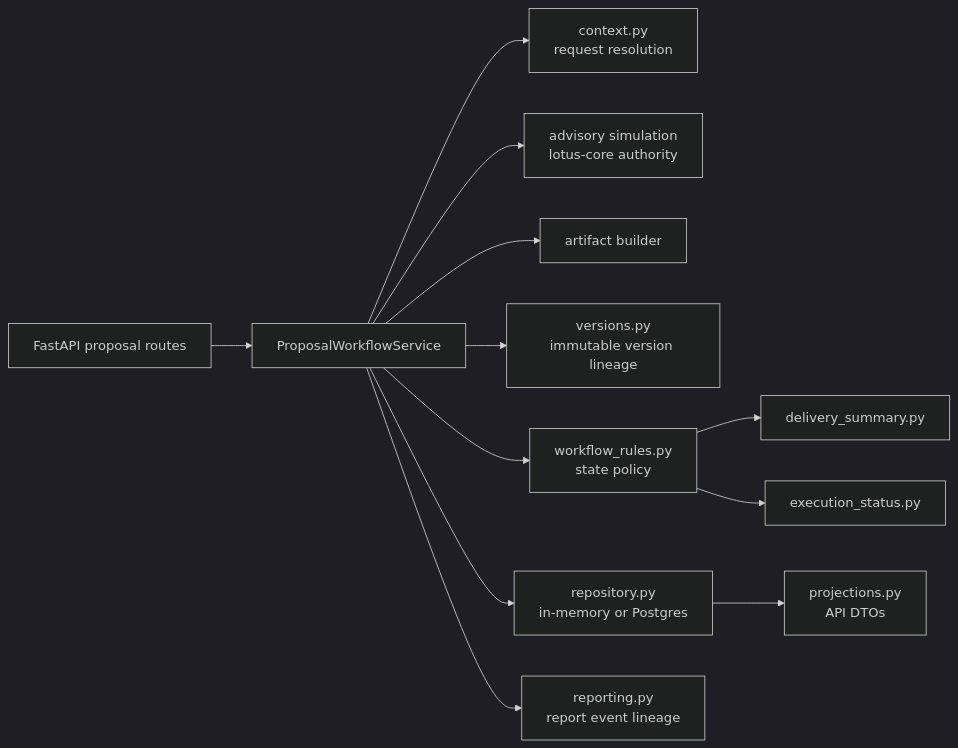
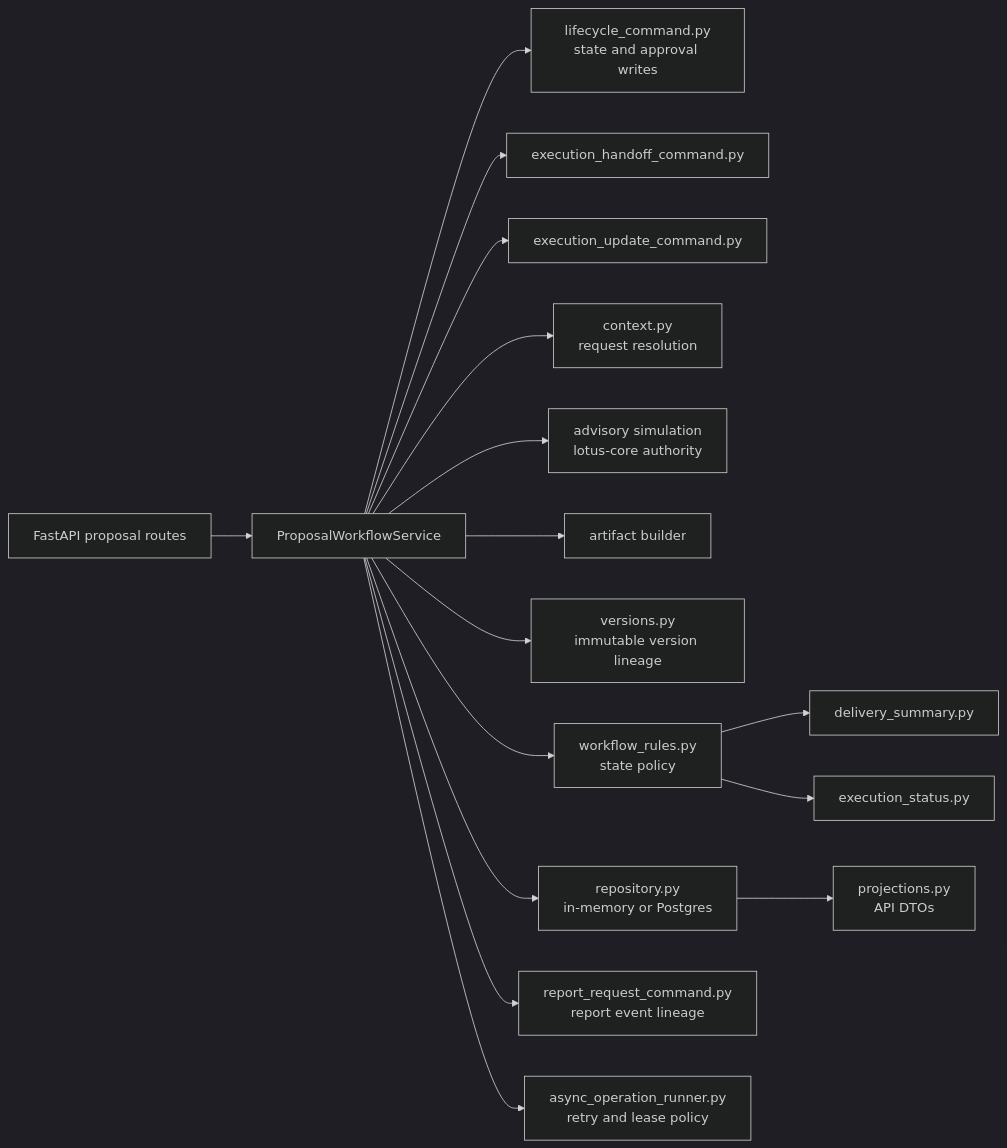
The first of 2 diagrams in wiki/Architecture.md (sgajbi/lotus-advise), drawn with Mermaid (dark theme) before and after one commit. The commit also changed other lines of this file and 8 other files, not shown here.

````diff
--- a/wiki/Architecture.md
+++ b/wiki/Architecture.md
@@ -69,14 +78,18 @@
 ```mermaid
 flowchart LR
     API[FastAPI proposal routes] --> Service[ProposalWorkflowService]
+    Service --> Lifecycle[lifecycle_command.py<br/>state and approval writes]
+    Service --> Handoff[execution_handoff_command.py]
+    Service --> Updates[execution_update_command.py]
     Service --> Context[context.py<br/>request resolution]
     Service --> Simulation[advisory simulation<br/>lotus-core authority]
     Service --> Artifact[artifact builder]
     Service --> Versions[versions.py<br/>immutable version lineage]
     Service --> Rules[workflow_rules.py<br/>state policy]
     Service --> Repo[repository.py<br/>in-memory or Postgres]
     Repo --> Projections[projections.py<br/>API DTOs]
     Rules --> Delivery[delivery_summary.py]
     Rules --> Execution[execution_status.py]
-    Service --> Reporting[reporting.py<br/>report event lineage]
+    Service --> Reporting[report_request_command.py<br/>report event lineage]
+    Service --> Async[async_operation_runner.py<br/>retry and lease policy]
 ```
````
